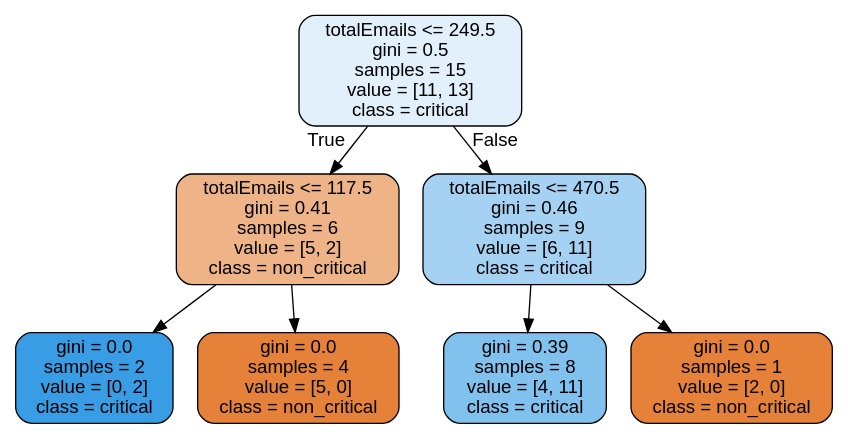
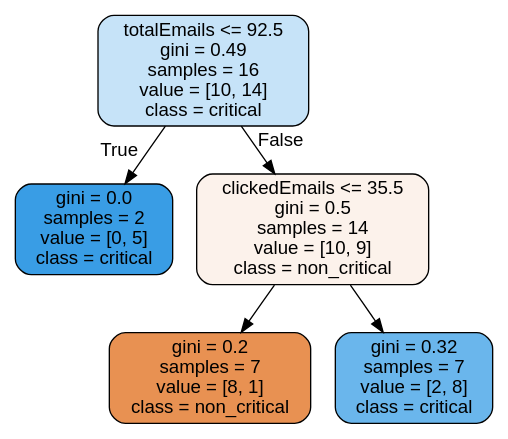
Before and after one commit to lilpah/Practica1SI: the diagram in src/randomTree/tree.dot, drawn with Graphviz. The commit also changed 9 other files, not shown here.

```diff
--- a/src/randomTree/tree.dot
+++ b/src/randomTree/tree.dot
@@ -1,17 +1,13 @@
 digraph Tree {
 node [shape=box, style="filled, rounded", color="black", fontname="helvetica"] ;
 edge [fontname="helvetica"] ;
-0 [label="totalEmails <= 249.5\ngini = 0.5\nsamples = 15\nvalue = [11, 13]\nclass = critical", fillcolor="#e1f0fb"] ;
-1 [label="totalEmails <= 117.5\ngini = 0.41\nsamples = 6\nvalue = [5, 2]\nclass = non_critical", fillcolor="#efb388"] ;
+0 [label="totalEmails <= 92.5\ngini = 0.49\nsamples = 16\nvalue = [10, 14]\nclass = critical", fillcolor="#c6e3f8"] ;
+1 [label="gini = 0.0\nsamples = 2\nvalue = [0, 5]\nclass = critical", fillcolor="#399de5"] ;
 0 -> 1 [labeldistance=2.5, labelangle=45, headlabel="True"] ;
-2 [label="gini = 0.0\nsamples = 2\nvalue = [0, 2]\nclass = critical", fillcolor="#399de5"] ;
-1 -> 2 ;
-3 [label="gini = 0.0\nsamples = 4\nvalue = [5, 0]\nclass = non_critical", fillcolor="#e58139"] ;
-1 -> 3 ;
-4 [label="totalEmails <= 470.5\ngini = 0.46\nsamples = 9\nvalue = [6, 11]\nclass = critical", fillcolor="#a5d2f3"] ;
-0 -> 4 [labeldistance=2.5, labelangle=-45, headlabel="False"] ;
-5 [label="gini = 0.39\nsamples = 8\nvalue = [4, 11]\nclass = critical", fillcolor="#81c1ee"] ;
-4 -> 5 ;
-6 [label="gini = 0.0\nsamples = 1\nvalue = [2, 0]\nclass = non_critical", fillcolor="#e58139"] ;
-4 -> 6 ;
+2 [label="clickedEmails <= 35.5\ngini = 0.5\nsamples = 14\nvalue = [10, 9]\nclass = non_critical", fillcolor="#fcf2eb"] ;
+0 -> 2 [labeldistance=2.5, labelangle=-45, headlabel="False"] ;
+3 [label="gini = 0.2\nsamples = 7\nvalue = [8, 1]\nclass = non_critical", fillcolor="#e89152"] ;
+2 -> 3 ;
+4 [label="gini = 0.32\nsamples = 7\nvalue = [2, 8]\nclass = critical", fillcolor="#6ab6ec"] ;
+2 -> 4 ;
 }
```
